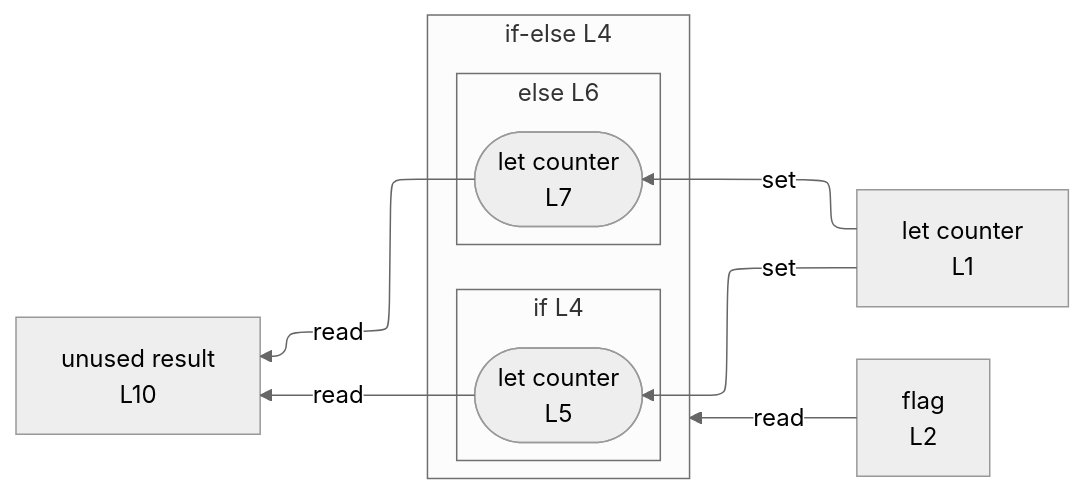
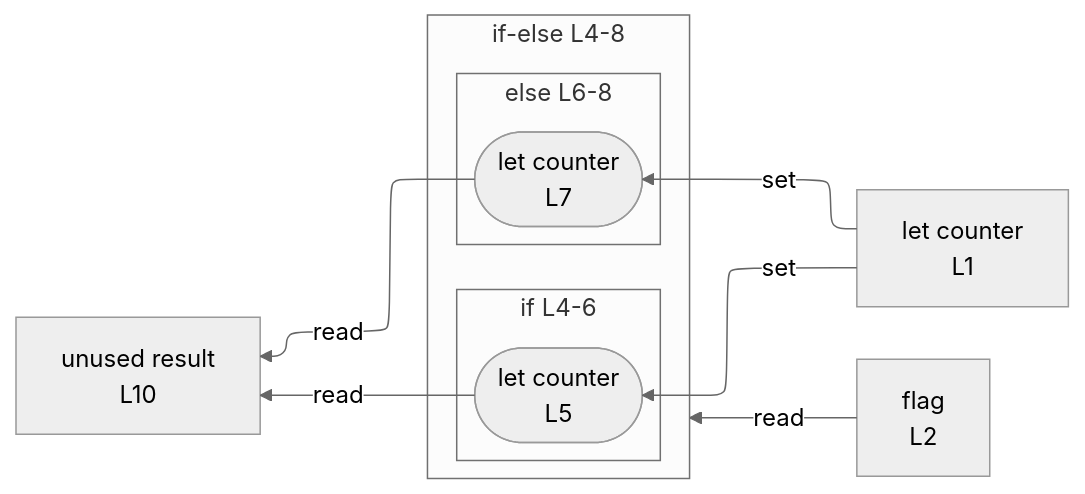
One commit to crescware/unsnarl changed the diagram in integration/fixtures/control-if/preview.md. Above: the diagram before and after it, drawn with Mermaid (neutral theme). The commit also changed 125 other files, not shown here.

````diff
--- a/integration/fixtures/control-if/preview.md
+++ b/integration/fixtures/control-if/preview.md
@@ -20,23 +20,23 @@
 ```mermaid
 %%{init: {"flowchart": {"defaultRenderer": "elk"}}}%%
 flowchart RL
   n_scope_0_counter_4["let counter<br/>L1"]
   n_scope_0_flag_23["flag<br/>L2"]
   n_scope_0_result_97["unused result<br/>L10"]
-  subgraph cont_if_scope_0_37["if-else L4"]
+  subgraph cont_if_scope_0_37["if-else L4-8"]
     direction RL
-    subgraph s_scope_1["if L4"]
+    subgraph s_scope_1["if L4-6"]
       direction RL
       wr_ref_1(["let counter<br/>L5"])
     end
-    subgraph s_scope_2["else L6"]
+    subgraph s_scope_2["else L6-8"]
       direction RL
       wr_ref_2(["let counter<br/>L7"])
     end
   end
   n_scope_0_counter_4 -->|set| wr_ref_1
   n_scope_0_counter_4 -->|set| wr_ref_2
   n_scope_0_flag_23 -->|read| cont_if_scope_0_37
   wr_ref_1 -->|read| n_scope_0_result_97
   wr_ref_2 -->|read| n_scope_0_result_97
 ```
````
